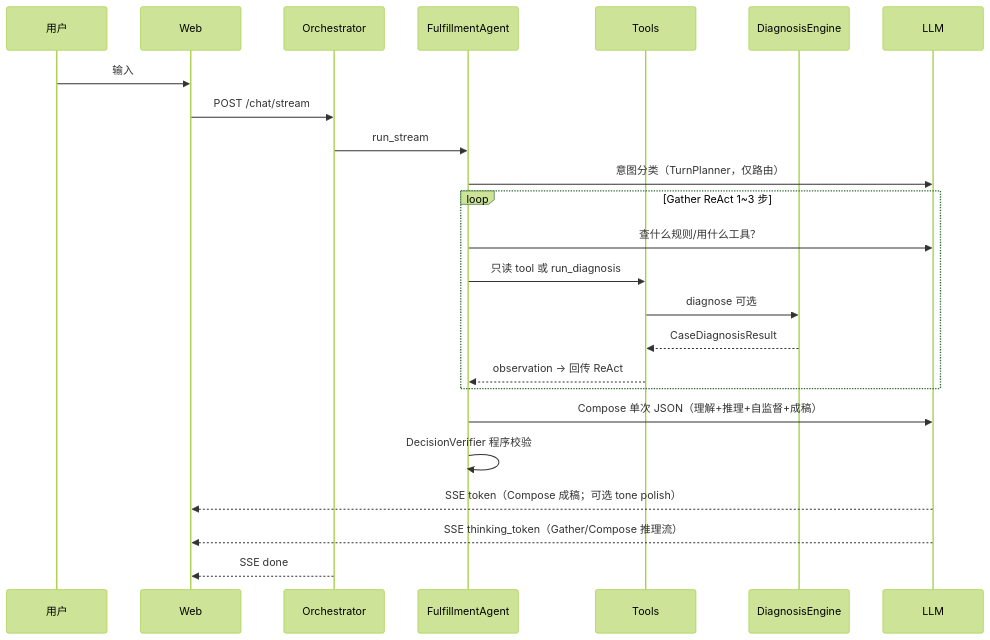
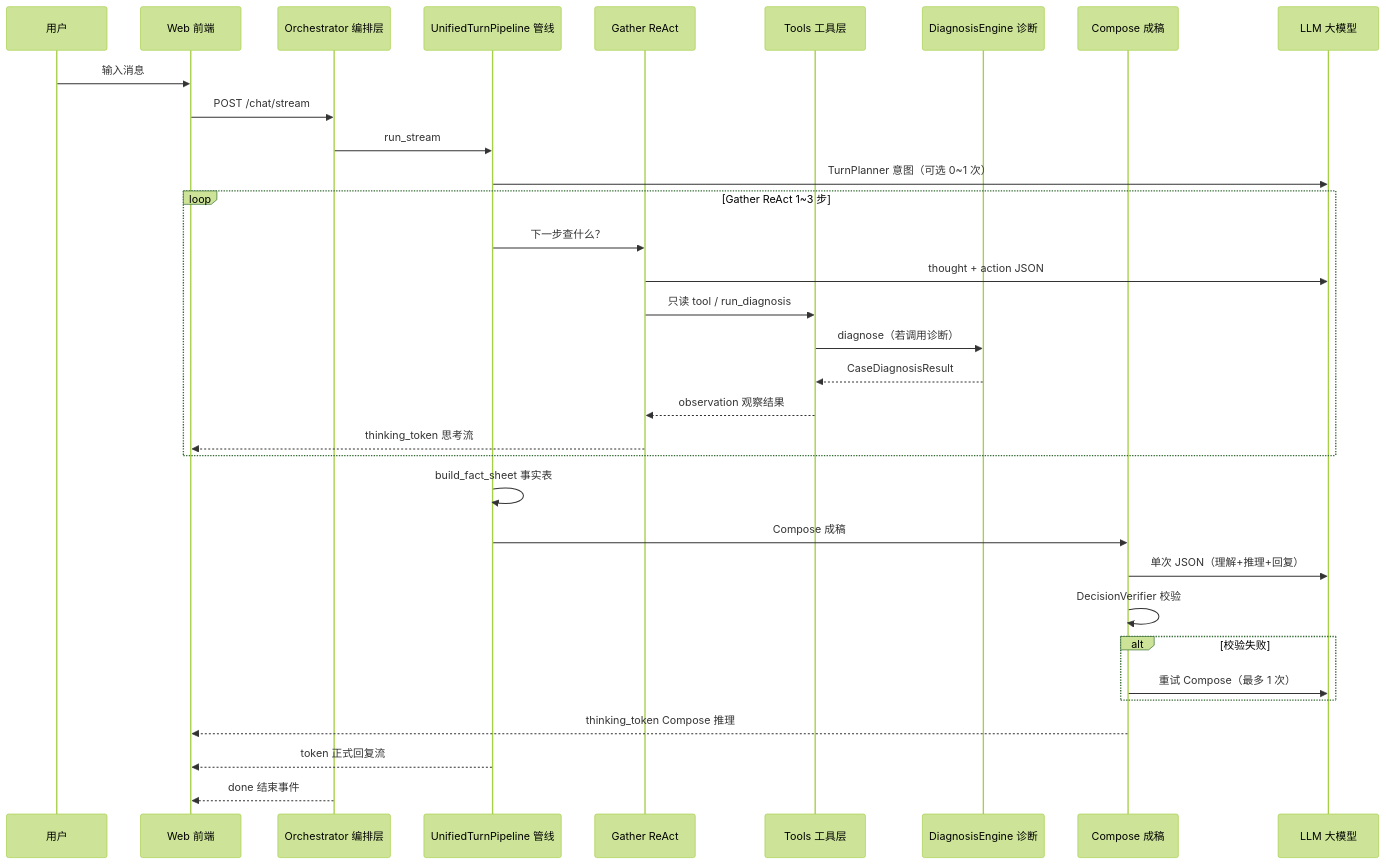
One commit to SheilahZ-2024/vibe_test changed the second of 2 diagrams in docs/ARCHITECTURE.md. Above: the diagram before and after it, drawn with Mermaid (forest theme). The commit also changed other lines of this file and 2 other files, not shown here.

First line of the commit message:
docs: comprehensive rewrite of README, architecture, and product guides

````diff
--- a/docs/ARCHITECTURE.md
+++ b/docs/ARCHITECTURE.md
@@ -103,27 +148,36 @@
 ```mermaid
 sequenceDiagram
   participant U as 用户
-  participant W as Web
-  participant O as Orchestrator
-  participant A as FulfillmentAgent
-  participant T as Tools
-  participant D as DiagnosisEngine
-  participant L as LLM
+  participant W as Web 前端
+  participant O as Orchestrator 编排层
+  participant P as UnifiedTurnPipeline 管线
+  participant G as Gather ReAct
+  participant T as Tools 工具层
+  participant D as DiagnosisEngine 诊断
+  participant C as Compose 成稿
+  participant L as LLM 大模型
 
-  U->>W: 输入
+  U->>W: 输入消息
   W->>O: POST /chat/stream
-  O->>A: run_stream
-  A->>L: 意图分类（TurnPlanner，仅路由）
+  O->>P: run_stream
+  P->>L: TurnPlanner 意图（可选 0~1 次）
   loop Gather ReAct 1~3 步
-    A->>L: 查什么规则/用什么工具？
-    A->>T: 只读 tool 或 run_diagnosis
-    T->>D: diagnose 可选
+    P->>G: 下一步查什么？
+    G->>L: thought + action JSON
+    G->>T: 只读 tool / run_diagnosis
+    T->>D: diagnose（若调用诊断）
     D-->>T: CaseDiagnosisResult
-    T-->>A: observation → 回传 ReAct
+    T-->>G: observation 观察结果
+    G-->>W: thinking_token 思考流
   end
-  A->>L: Compose 单次 JSON（理解+推理+自监督+成稿）
-  A->>A: DecisionVerifier 程序校验
-  L-->>W: SSE token（Compose 成稿；可选 tone polish）
-  L-->>W: SSE thinking_token（Gather/Compose 推理流）
-  O-->>W: SSE done
+  P->>P: build_fact_sheet 事实表
+  P->>C: Compose 成稿
+  C->>L: 单次 JSON（理解+推理+回复）
+  C->>C: DecisionVerifier 校验
+  alt 校验失败
+    C->>L: 重试 Compose（最多 1 次）
+  end
+  C-->>W: thinking_token Compose 推理
+  P-->>W: token 正式回复流
+  O-->>W: done 结束事件
 ```
````
